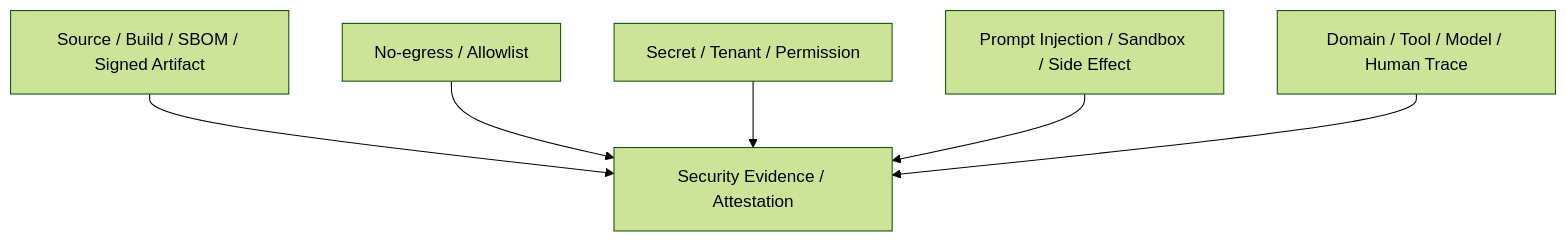
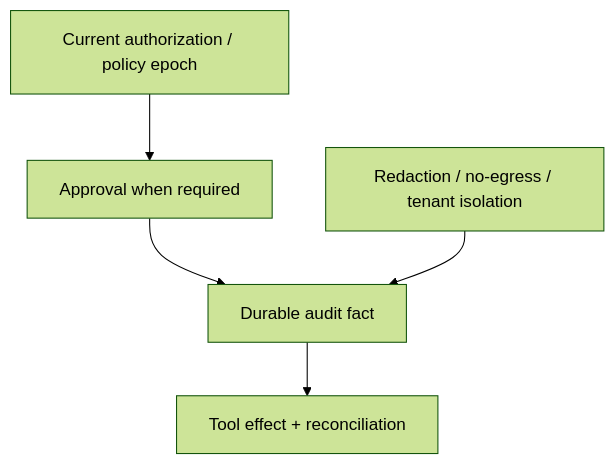
Before and after one commit to ProfessorZhi/Zuno: diagram 14 of 14 in docs/architecture/architecture-views.md, drawn with Mermaid (forest theme). The commit also changed other lines of this file and 14 other files, not shown here.

Commit message:
docs: apply round 02 architecture revision

````diff
--- a/docs/architecture/architecture-views.md
+++ b/docs/architecture/architecture-views.md
@@ -249,9 +216,10 @@
 ```mermaid
 flowchart TB
-  ARTIFACT[Source / Build / SBOM / Signed Artifact]
-  NETWORK[No-egress / Allowlist]
-  ACCESS[Secret / Tenant / Permission]
-  EXEC[Prompt Injection / Sandbox / Side Effect]
-  TRACE[Domain / Tool / Model / Human Trace]
-  ARTIFACT & NETWORK & ACCESS & EXEC & TRACE --> ATTEST[Security Evidence / Attestation]
+  ACCESS[Current authorization / policy epoch]
+  APPROVAL[Approval when required]
+  AUDIT[Durable audit fact]
+  EFFECT[Tool effect + reconciliation]
+  DATA[Redaction / no-egress / tenant isolation]
+  ACCESS --> APPROVAL --> AUDIT --> EFFECT
+  DATA --> AUDIT
 ```
````
